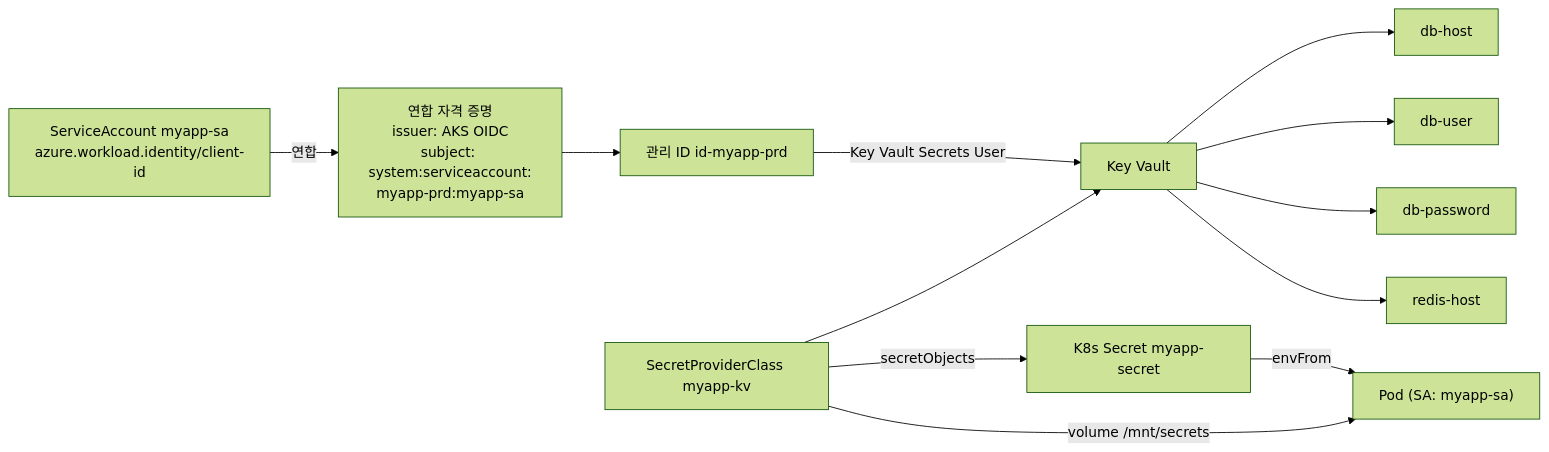
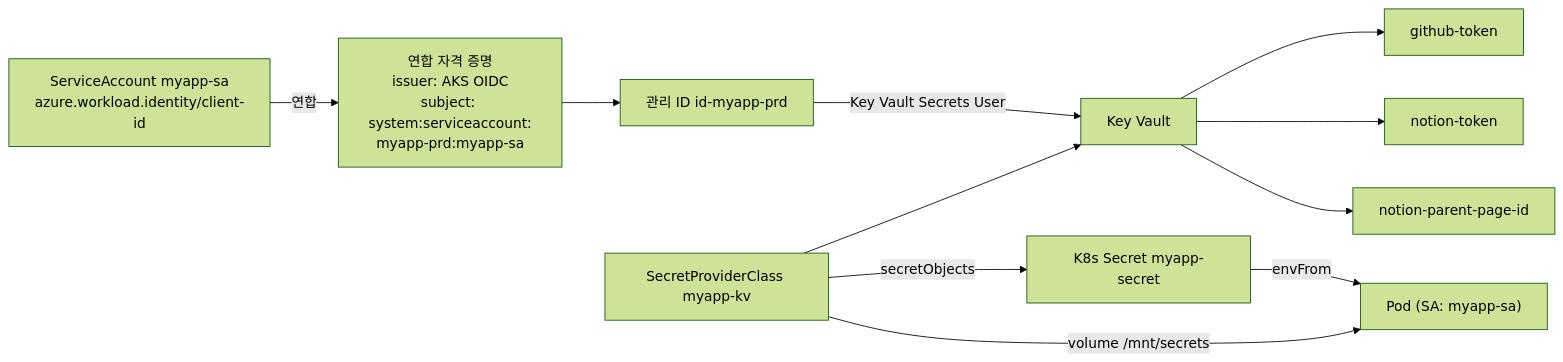
Before and after one commit to kyum22n/advanced-cloud-developer: the second of 2 diagrams in 설계/prd/03_구성설계서_prd.md, drawn with Mermaid (forest theme). The commit also changed other lines of this file and 591 other files, not shown here.

````diff
--- a/설계/prd/03_구성설계서_prd.md
+++ b/설계/prd/03_구성설계서_prd.md
@@ -98,14 +103,13 @@
 ```mermaid
 graph LR
     SA["ServiceAccount myapp-sa<br/>azure.workload.identity/client-id"] -->|연합| FC["연합 자격 증명<br/>issuer: AKS OIDC<br/>subject: system:serviceaccount:<br/>myapp-prd:myapp-sa"]
     FC --> MI["관리 ID id-myapp-prd"]
     MI -->|"Key Vault Secrets User"| KV["Key Vault"]
-    KV --> S1["db-host"]
-    KV --> S2["db-user"]
-    KV --> S3["db-password"]
-    KV --> S4["redis-host"]
+    KV --> S1["github-token"]
+    KV --> S2["notion-token"]
+    KV --> S3["notion-parent-page-id"]
     SPC["SecretProviderClass myapp-kv"] --> KV
     SPC -->|secretObjects| KS["K8s Secret myapp-secret"]
     KS -->|envFrom| POD["Pod (SA: myapp-sa)"]
     SPC -->|"volume /mnt/secrets"| POD
 ```
````
